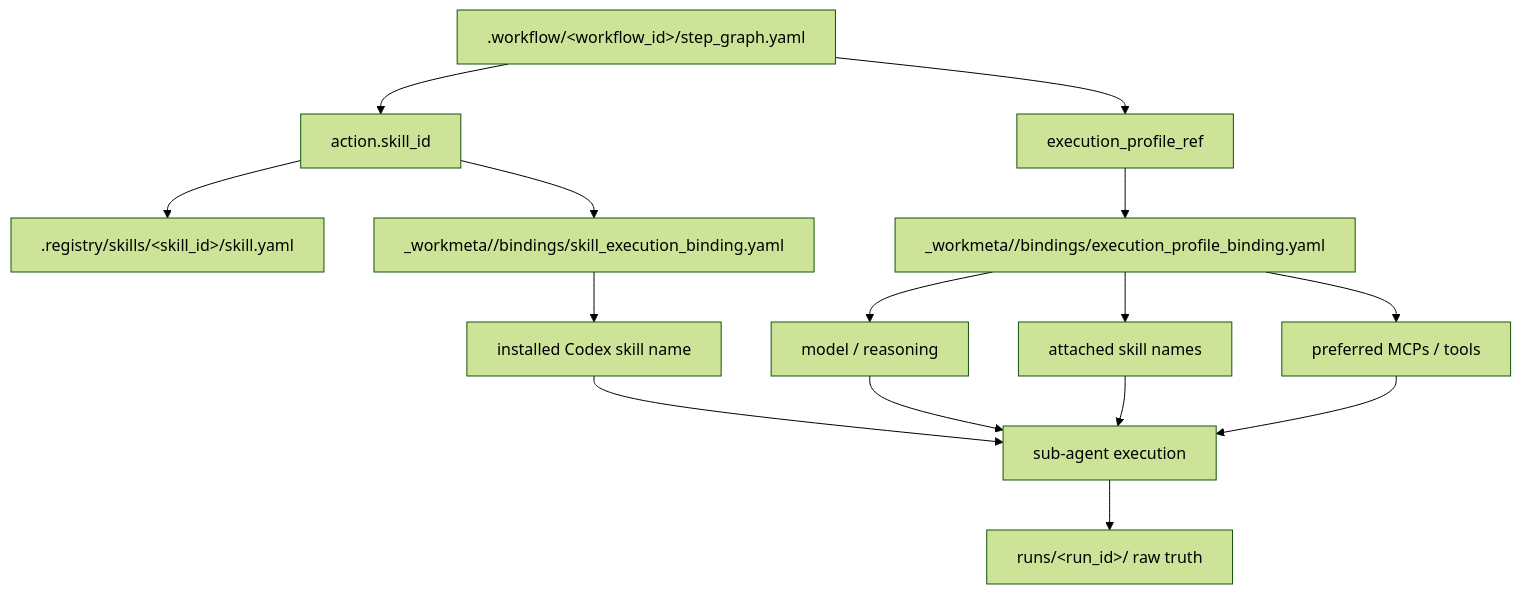
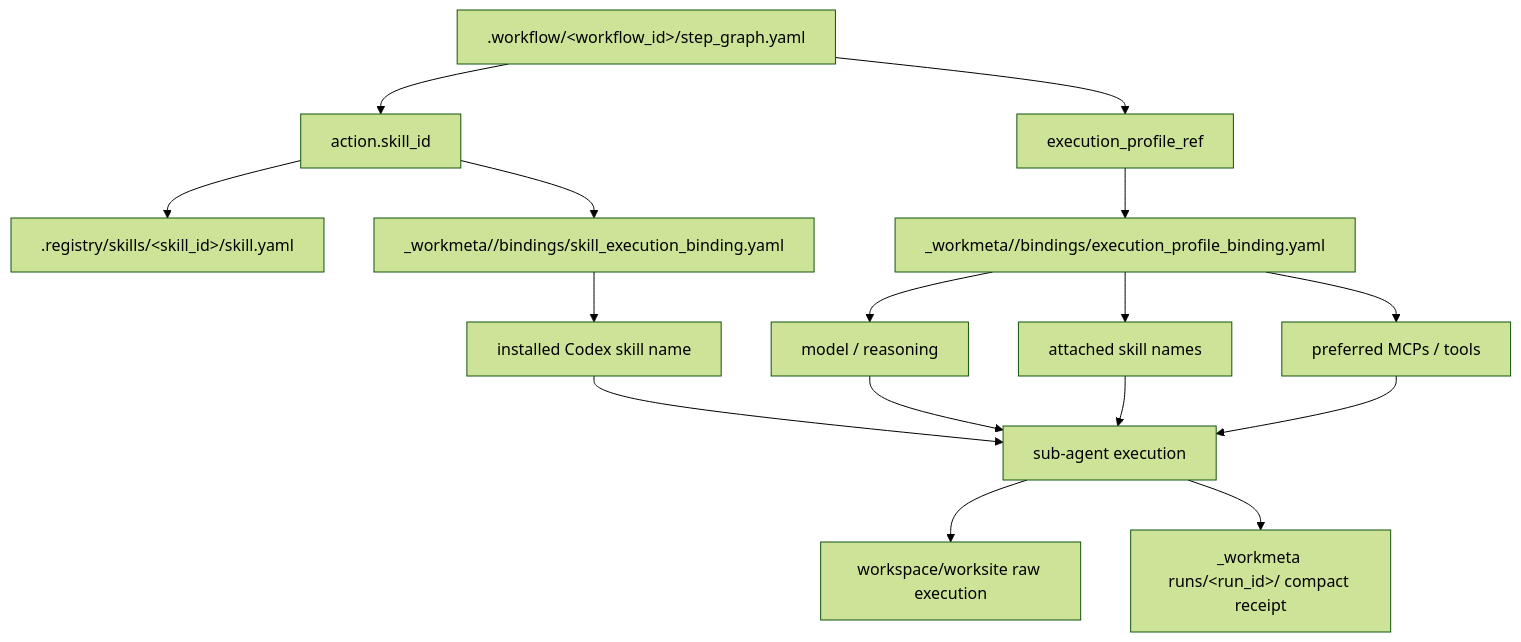
Before and after one commit to SungYongMOON/soulforge: the first of 2 diagrams in docs/architecture/workspace/WORKFLOW_EXECUTION_BINDING_MODEL.md, drawn with Mermaid (forest theme). The commit also changed other lines of this file and 34 other files, not shown here.

````diff
--- a/docs/architecture/workspace/WORKFLOW_EXECUTION_BINDING_MODEL.md
+++ b/docs/architecture/workspace/WORKFLOW_EXECUTION_BINDING_MODEL.md
@@ -10,17 +10,18 @@
 ```mermaid
 flowchart TD
   WF[".workflow/&lt;workflow_id&gt;/step_graph.yaml"] --> S["action.skill_id"]
   WF --> EP["execution_profile_ref"]
   S --> SK[".registry/skills/&lt;skill_id&gt;/skill.yaml"]
   EP --> EPB["_workmeta/<project_code>/bindings/execution_profile_binding.yaml"]
   S --> SEB["_workmeta/<project_code>/bindings/skill_execution_binding.yaml"]
   EPB --> M["model / reasoning"]
   EPB --> AS["attached skill names"]
   EPB --> PT["preferred MCPs / tools"]
   SEB --> CS["installed Codex skill name"]
   M --> RUN["sub-agent execution"]
   AS --> RUN
   PT --> RUN
   CS --> RUN
-  RUN --> RT["runs/&lt;run_id&gt;/ raw truth"]
+  RUN --> RT["workspace/worksite raw execution"]
+  RUN --> RM["_workmeta runs/&lt;run_id&gt;/ compact receipt"]
 ```
````
